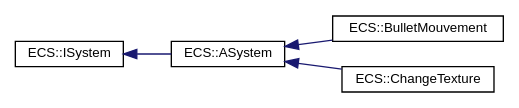
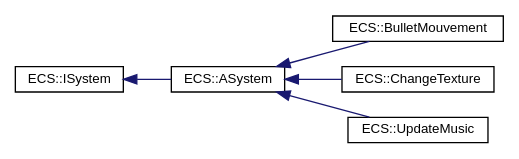
The diagram in inherit_graph_25.dot (TerryMazzoni/RTypeMirror), drawn with Graphviz before and after one commit. The commit also changed 100 other files, not shown here.

```diff
--- a/inherit_graph_25.dot
+++ b/inherit_graph_25.dot
@@ -1,14 +1,16 @@
 digraph "Graphical Class Hierarchy"
 {
  // LATEX_PDF_SIZE
   edge [fontname="Helvetica",fontsize="10",labelfontname="Helvetica",labelfontsize="10"];
   node [fontname="Helvetica",fontsize="10",shape=record];
   rankdir="LR";
   Node0 [label="ECS::ISystem",height=0.2,width=0.4,color="black", fillcolor="white", style="filled",URL="$classECS_1_1ISystem.html",tooltip=" "];
   Node0 -> Node1 [dir="back",color="midnightblue",fontsize="10",style="solid",fontname="Helvetica"];
   Node1 [label="ECS::ASystem",height=0.2,width=0.4,color="black", fillcolor="white", style="filled",URL="$classECS_1_1ASystem.html",tooltip=" "];
   Node1 -> Node2 [dir="back",color="midnightblue",fontsize="10",style="solid",fontname="Helvetica"];
   Node2 [label="ECS::BulletMouvement",height=0.2,width=0.4,color="black", fillcolor="white", style="filled",URL="$classECS_1_1BulletMouvement.html",tooltip=" "];
   Node1 -> Node3 [dir="back",color="midnightblue",fontsize="10",style="solid",fontname="Helvetica"];
   Node3 [label="ECS::ChangeTexture",height=0.2,width=0.4,color="black", fillcolor="white", style="filled",URL="$classECS_1_1ChangeTexture.html",tooltip=" "];
+  Node1 -> Node4 [dir="back",color="midnightblue",fontsize="10",style="solid",fontname="Helvetica"];
+  Node4 [label="ECS::UpdateMusic",height=0.2,width=0.4,color="black", fillcolor="white", style="filled",URL="$classECS_1_1UpdateMusic.html",tooltip=" "];
 }
```
